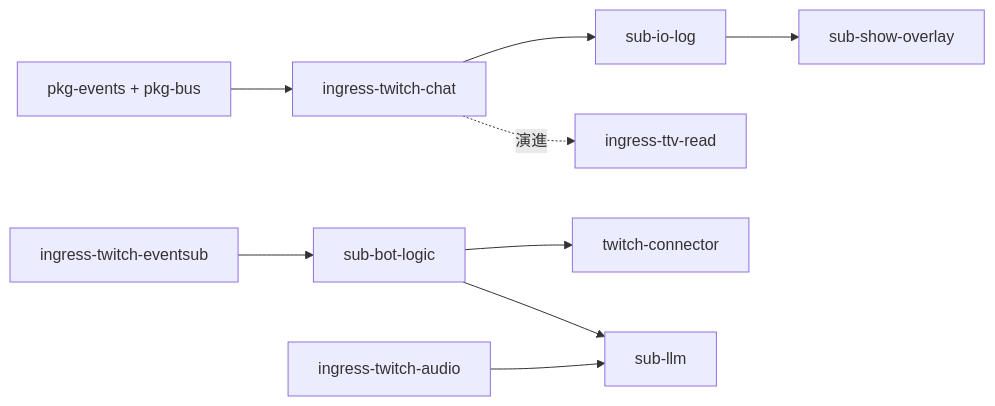
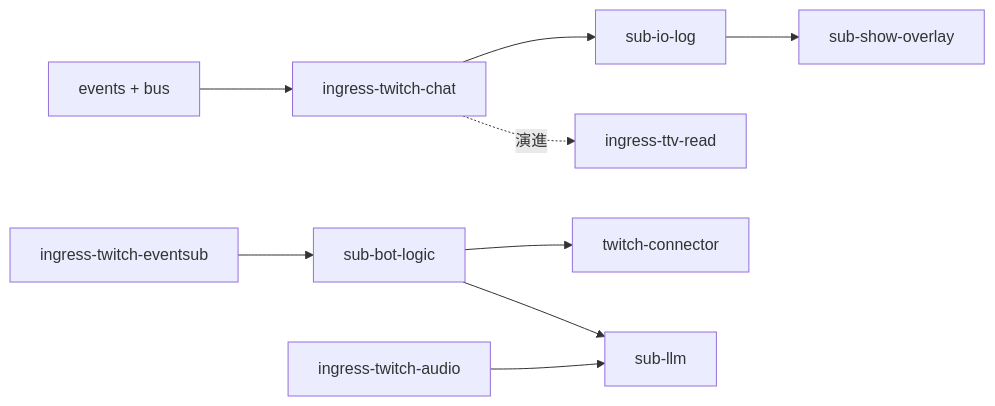
The diagram in docs/checklists/pub-sub-writing.md (skymiku39/streamer_toolbox), drawn with Mermaid before and after one commit. The commit also changed other lines of this file and 7 other files, not shown here.

````diff
--- a/docs/checklists/pub-sub-writing.md
+++ b/docs/checklists/pub-sub-writing.md
@@ -562,20 +562,20 @@
 ```mermaid
 flowchart LR
-    P0[pkg-events + pkg-bus]
+    P0[events + bus]
     P1[ingress-twitch-chat]
     S1[sub-io-log]
     S2[sub-show-overlay]
     P2a[ingress-ttv-read]
     P2[ingress-twitch-eventsub]
     S3[sub-bot-logic]
     S4[twitch-connector]
     P5[ingress-twitch-audio]
     S5[sub-llm]
 
     P0 --> P1 --> S1
     P1 -.->|演進| P2a
     S1 --> S2
     P2 --> S3 --> S4
     P5 --> S5
     S3 --> S5
 ```
````
